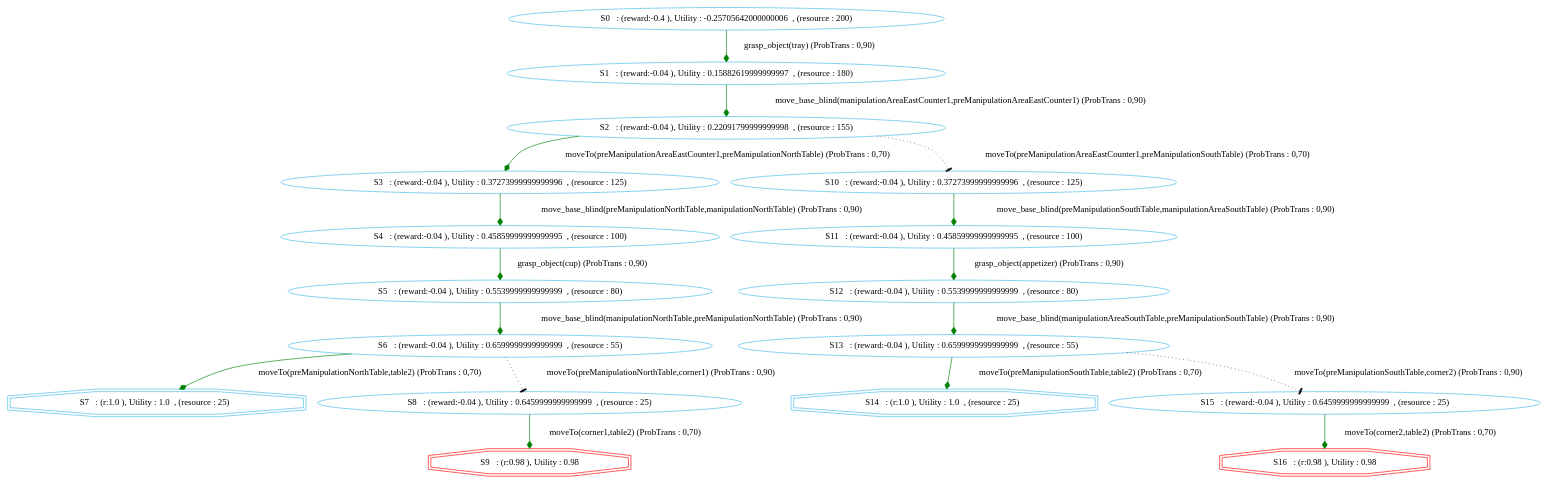
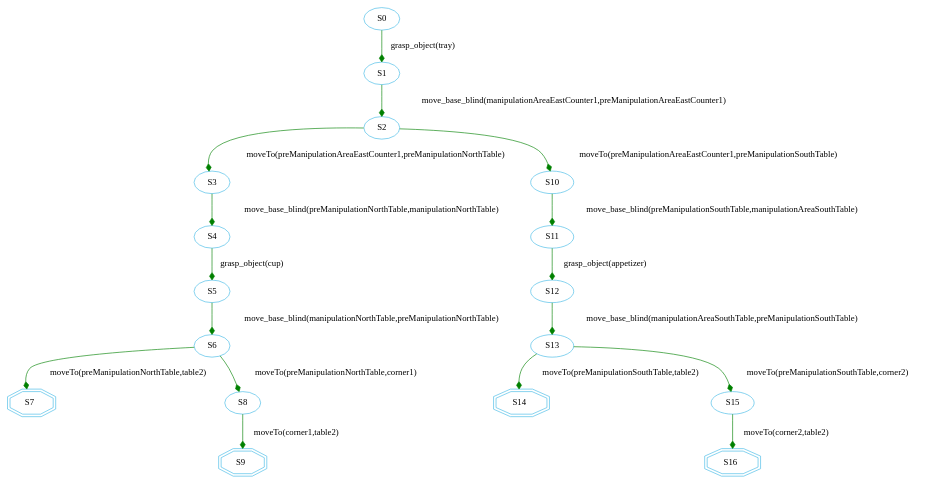
One commit to htiraHatem/CHIMP_MDP changed the diagram in chimp/src/main/java/examples/MDP/RACE/test_m_drive_robot_1.dot. Above: the diagram before and after it, drawn with Graphviz. The commit also changed 3 other files, not shown here.

Commit message:
easy graph results

```diff
--- a/chimp/src/main/java/examples/MDP/RACE/test_m_drive_robot_1.dot
+++ b/chimp/src/main/java/examples/MDP/RACE/test_m_drive_robot_1.dot
@@ -1,24 +1,37 @@
 digraph {
   node [color="#40b9e5" ]
  size="60,17";
-"7" [label=" S7   : (r:1.0 ), Utility : 1.0  , (resource : 25)  " shape=doubleoctagon];
-"9" [label=" S9   : (r:0.98 ), Utility : 0.98 " color = red ,  shape=doubleoctagon]
-"14" [label=" S14   : (r:1.0 ), Utility : 1.0  , (resource : 25)  " shape=doubleoctagon];
-"16" [label=" S16   : (r:0.98 ), Utility : 0.98 " color = red ,  shape=doubleoctagon]
-"0" [label=" S0   : (reward:-0.4 ), Utility : -0.25705642000000006  , (resource : 200) "]"1" [label=" S1   : (reward:-0.04 ), Utility : 0.15882619999999997  , (resource : 180) "]"2" [label=" S2   : (reward:-0.04 ), Utility : 0.22091799999999998  , (resource : 155) "]"3" [label=" S3   : (reward:-0.04 ), Utility : 0.37273999999999996  , (resource : 125) "]"4" [label=" S4   : (reward:-0.04 ), Utility : 0.45859999999999995  , (resource : 100) "]"5" [label=" S5   : (reward:-0.04 ), Utility : 0.5539999999999999  , (resource : 80) "]"6" [label=" S6   : (reward:-0.04 ), Utility : 0.6599999999999999  , (resource : 55) "]"8" [label=" S8   : (reward:-0.04 ), Utility : 0.6459999999999999  , (resource : 25) "]"10" [label=" S10   : (reward:-0.04 ), Utility : 0.37273999999999996  , (resource : 125) "]"11" [label=" S11   : (reward:-0.04 ), Utility : 0.45859999999999995  , (resource : 100) "]"12" [label=" S12   : (reward:-0.04 ), Utility : 0.5539999999999999  , (resource : 80) "]"13" [label=" S13   : (reward:-0.04 ), Utility : 0.6599999999999999  , (resource : 55) "]"15" [label=" S15   : (reward:-0.04 ), Utility : 0.6459999999999999  , (resource : 25) "]"0" -> "1" [ label="grasp_object(tray) (ProbTrans : 0,90)"
-, arrowhead = diamond , color=green];"1" -> "2" [ label="move_base_blind(manipulationAreaEastCounter1,preManipulationAreaEastCounter1) (ProbTrans : 0,90)"
-, arrowhead = diamond , color=green];"2" -> "3" [ label="moveTo(preManipulationAreaEastCounter1,preManipulationNorthTable) (ProbTrans : 0,70)"
-, arrowhead = diamond , color=green];"2" -> "10" [ label="moveTo(preManipulationAreaEastCounter1,preManipulationSouthTable) (ProbTrans : 0,70)"
-,style=dotted, arrowhead=tee];"3" -> "4" [ label="move_base_blind(preManipulationNorthTable,manipulationNorthTable) (ProbTrans : 0,90)"
-, arrowhead = diamond , color=green];"4" -> "5" [ label="grasp_object(cup) (ProbTrans : 0,90)"
-, arrowhead = diamond , color=green];"5" -> "6" [ label="move_base_blind(manipulationNorthTable,preManipulationNorthTable) (ProbTrans : 0,90)"
-, arrowhead = diamond , color=green];"6" -> "7" [ label="moveTo(preManipulationNorthTable,table2) (ProbTrans : 0,70)"
-, arrowhead = diamond , color=green];"6" -> "8" [ label="moveTo(preManipulationNorthTable,corner1) (ProbTrans : 0,90)"
-,style=dotted, arrowhead=tee];"8" -> "9" [ label="moveTo(corner1,table2) (ProbTrans : 0,70)"
-, arrowhead = diamond , color=green];"10" -> "11" [ label="move_base_blind(preManipulationSouthTable,manipulationAreaSouthTable) (ProbTrans : 0,90)"
-, arrowhead = diamond , color=green];"11" -> "12" [ label="grasp_object(appetizer) (ProbTrans : 0,90)"
-, arrowhead = diamond , color=green];"12" -> "13" [ label="move_base_blind(manipulationAreaSouthTable,preManipulationSouthTable) (ProbTrans : 0,90)"
-, arrowhead = diamond , color=green];"13" -> "14" [ label="moveTo(preManipulationSouthTable,table2) (ProbTrans : 0,70)"
-, arrowhead = diamond , color=green];"13" -> "15" [ label="moveTo(preManipulationSouthTable,corner2) (ProbTrans : 0,90)"
-,style=dotted, arrowhead=tee];"15" -> "16" [ label="moveTo(corner2,table2) (ProbTrans : 0,70)"
+"7" [label=" S7  " shape=doubleoctagon];
+"9" [label=" S9  " shape=doubleoctagon];
+"14" [label=" S14  " shape=doubleoctagon];
+"16" [label=" S16  " shape=doubleoctagon];
+"0" [label=" S0 "];
+"1" [label=" S1 "];
+"2" [label=" S2 "];
+"3" [label=" S3 "];
+"4" [label=" S4 "];
+"5" [label=" S5 "];
+"6" [label=" S6 "];
+"8" [label=" S8 "];
+"10" [label=" S10 "];
+"11" [label=" S11 "];
+"12" [label=" S12 "];
+"13" [label=" S13 "];
+"15" [label=" S15 "];
+"0" -> "1" [ label="grasp_object(tray)"
+, arrowhead = diamond , color=green];"1" -> "2" [ label="move_base_blind(manipulationAreaEastCounter1,preManipulationAreaEastCounter1)"
+, arrowhead = diamond , color=green];"2" -> "3" [ label="moveTo(preManipulationAreaEastCounter1,preManipulationNorthTable)"
+, arrowhead = diamond , color=green];"2" -> "10" [ label="moveTo(preManipulationAreaEastCounter1,preManipulationSouthTable)"
+, arrowhead = diamond , color=green];"3" -> "4" [ label="move_base_blind(preManipulationNorthTable,manipulationNorthTable)"
+, arrowhead = diamond , color=green];"4" -> "5" [ label="grasp_object(cup)"
+, arrowhead = diamond , color=green];"5" -> "6" [ label="move_base_blind(manipulationNorthTable,preManipulationNorthTable)"
+, arrowhead = diamond , color=green];"6" -> "7" [ label="moveTo(preManipulationNorthTable,table2)"
+, arrowhead = diamond , color=green];"6" -> "8" [ label="moveTo(preManipulationNorthTable,corner1)"
+, arrowhead = diamond , color=green];"8" -> "9" [ label="moveTo(corner1,table2)"
+, arrowhead = diamond , color=green];"10" -> "11" [ label="move_base_blind(preManipulationSouthTable,manipulationAreaSouthTable)"
+, arrowhead = diamond , color=green];"11" -> "12" [ label="grasp_object(appetizer)"
+, arrowhead = diamond , color=green];"12" -> "13" [ label="move_base_blind(manipulationAreaSouthTable,preManipulationSouthTable)"
+, arrowhead = diamond , color=green];"13" -> "14" [ label="moveTo(preManipulationSouthTable,table2)"
+, arrowhead = diamond , color=green];"13" -> "15" [ label="moveTo(preManipulationSouthTable,corner2)"
+, arrowhead = diamond , color=green];"15" -> "16" [ label="moveTo(corner2,table2)"
 , arrowhead = diamond , color=green];}
```
